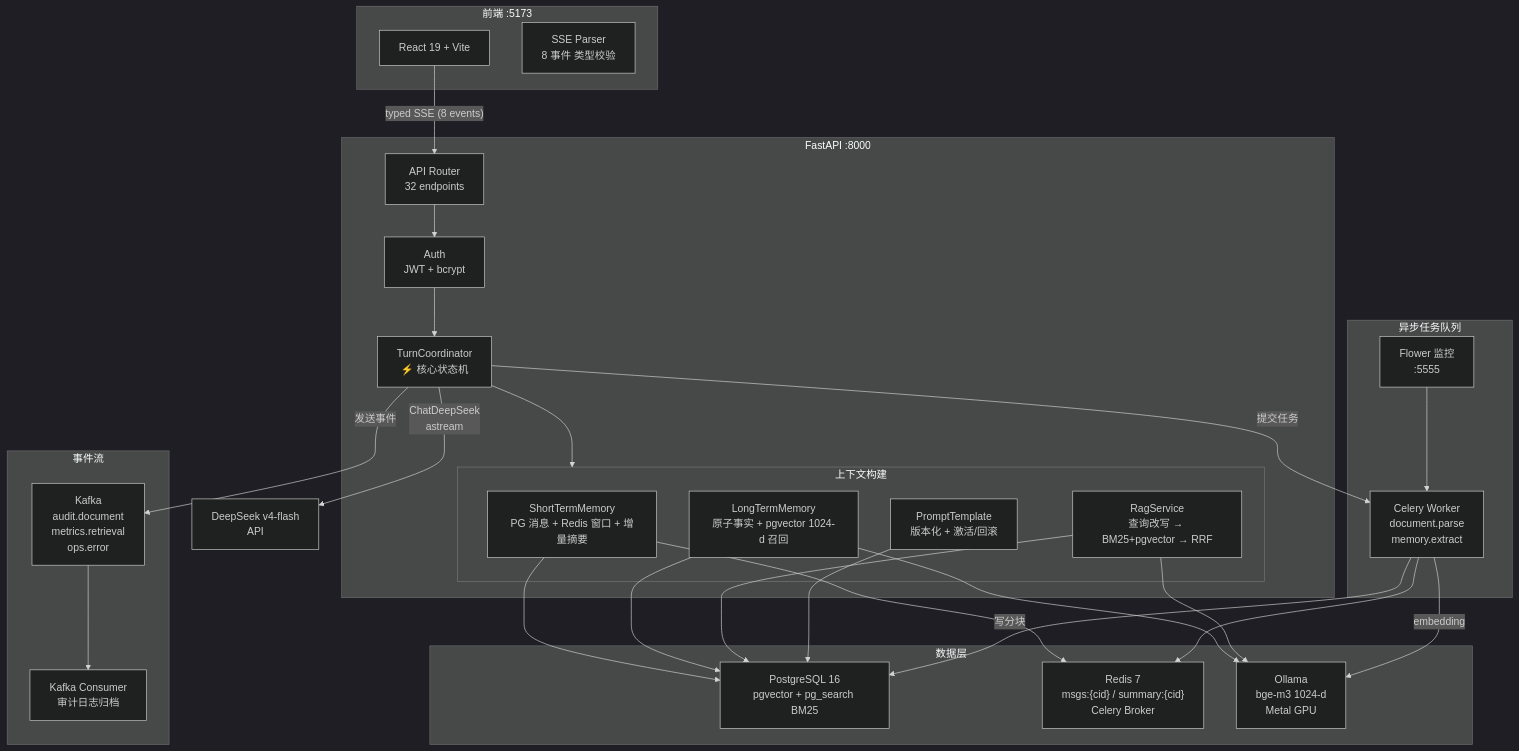
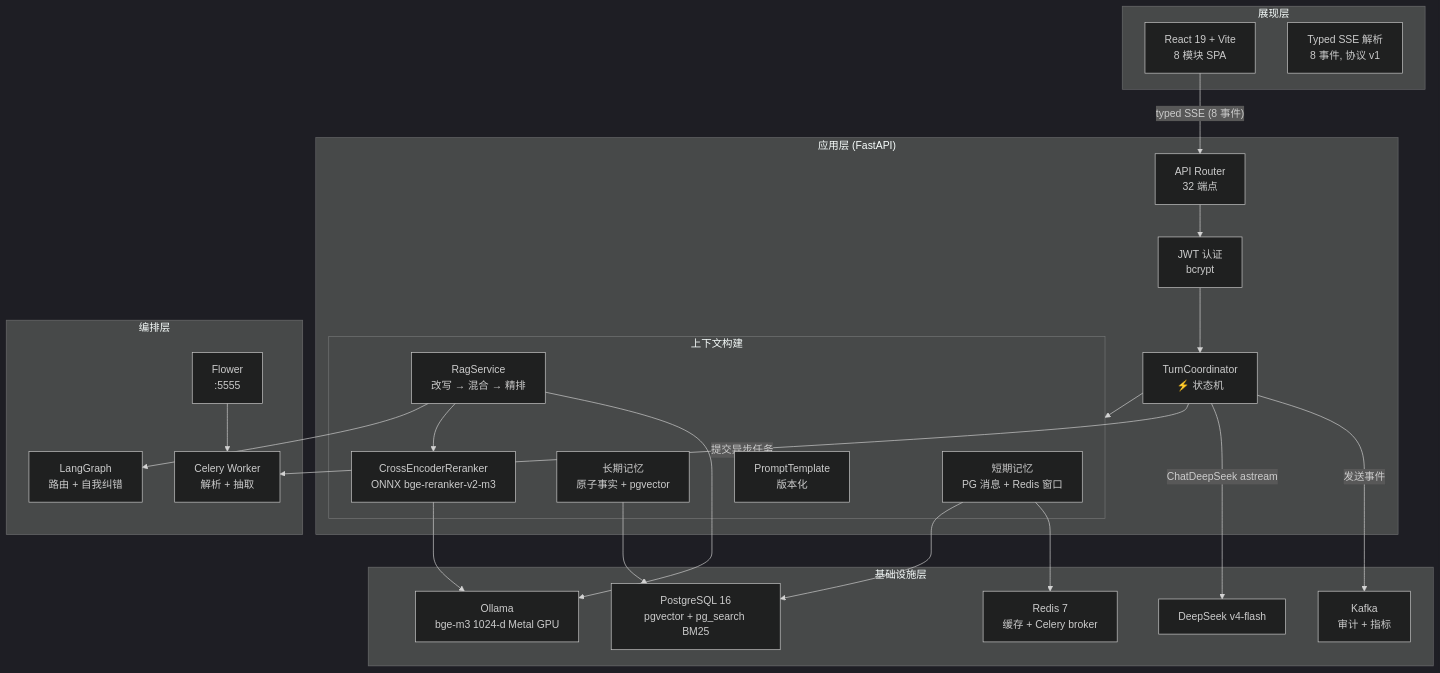
The first of 4 diagrams in README.zh-CN.md (KevinDeng-0411/AI-CodeReviewCenter), drawn with Mermaid (dark theme) before and after one commit. The commit also changed other lines of this file and 4 other files, not shown here.

First line of the commit message:
docs: README 加 4 张架构图（分层/时序/路由决策/上下文）+ 面试文档 reranker 叙事更新

````diff
--- a/README.zh-CN.md
+++ b/README.zh-CN.md
@@ -121,56 +123,51 @@
 ```mermaid
 graph TB
-    subgraph Frontend["前端 :5173"]
-        React["React 19 + Vite"]
-        SSE["SSE Parser<br/>8 事件 类型校验"]
+    subgraph Presentation["展现层"]
+        React["React 19 + Vite<br/>8 模块 SPA"]
+        SSE["Typed SSE 解析<br/>8 事件, 协议 v1"]
     end
 
-    subgraph Backend["FastAPI :8000"]
-        Router["API Router<br/>32 endpoints"]
-        Auth["Auth<br/>JWT + bcrypt"]
-        TC["TurnCoordinator<br/>⚡ 核心状态机"]
+    subgraph Application["应用层 (FastAPI)"]
+        Router["API Router<br/>32 端点"]
+        Auth["JWT 认证<br/>bcrypt"]
+        TC["TurnCoordinator<br/>⚡ 状态机"]
 
         subgraph Context["上下文构建"]
-            STM["ShortTermMemory<br/>PG 消息 + Redis 窗口 + 增量摘要"]
-            LTM["LongTermMemory<br/>原子事实 + pgvector 1024-d 召回"]
-            RAG["RagService<br/>查询改写 → BM25+pgvector → RRF"]
-            PT["PromptTemplate<br/>版本化 + 激活/回滚"]
+            STM["短期记忆<br/>PG 消息 + Redis 窗口"]
+            LTM["长期记忆<br/>原子事实 + pgvector"]
+            RAG["RagService<br/>改写 → 混合 → 精排"]
+            RR["CrossEncoderReranker<br/>ONNX bge-reranker-v2-m3"]
+            PT["PromptTemplate<br/>版本化"]
         end
     end
 
-    subgraph Tasks["异步任务队列"]
-        Celery["Celery Worker<br/>document.parse<br/>memory.extract"]
-        Flower["Flower 监控<br/>:5555"]
+    subgraph Orchestration["编排层"]
+        LG["LangGraph<br/>路由 + 自我纠错"]
+        Celery["Celery Worker<br/>解析 + 抽取"]
+        Flower["Flower<br/>:5555"]
     end
 
-    subgraph Events["事件流"]
-        Kafka["Kafka<br/>audit.document<br/>metrics.retrieval<br/>ops.error"]
-        Consumer["Kafka Consumer<br/>审计日志归档"]
+    subgraph Infrastructure["基础设施层"]
+        PG["PostgreSQL 16<br/>pgvector + pg_search BM25"]
+        Redis["Redis 7<br/>缓存 + Celery broker"]
+        Kafka["Kafka<br/>审计 + 指标"]
+        Ollama["Ollama<br/>bge-m3 1024-d Metal GPU"]
+        DS["DeepSeek v4-flash"]
     end
 
-    subgraph Data["数据层"]
-        PG["PostgreSQL 16<br/>pgvector + pg_search BM25"]
-        Redis["Redis 7<br/>msgs:{cid} / summary:{cid}<br/>Celery Broker"]
-        Ollama["Ollama<br/>bge-m3 1024-d<br/>Metal GPU"]
-    end
-
-    React -->|"typed SSE (8 events)"| Router
+    React -->|"typed SSE (8 事件)"| Router
     Router --> Auth
     Auth --> TC
     TC --> Context
+    RAG --> LG
+    RAG --> RR
+    TC -->|"提交异步任务"| Celery
+    Flower --> Celery
     STM --> PG
     STM --> Redis
     LTM --> PG
-    LTM --> Ollama
-    RAG --> PG
+    RR --> Ollama
     RAG --> Ollama
-    PT --> PG
-    TC -->|"ChatDeepSeek<br/>astream"| DS["DeepSeek v4-flash<br/>API"]
-    TC -->|"提交任务"| Celery
-    Celery --> Redis
-    Celery -->|"embedding"| Ollama
-    Celery -->|"写分块"| PG
-    Flower --> Celery
+    TC -->|"ChatDeepSeek astream"| DS
     TC -->|"发送事件"| Kafka
-    Kafka --> Consumer
 ```
````
